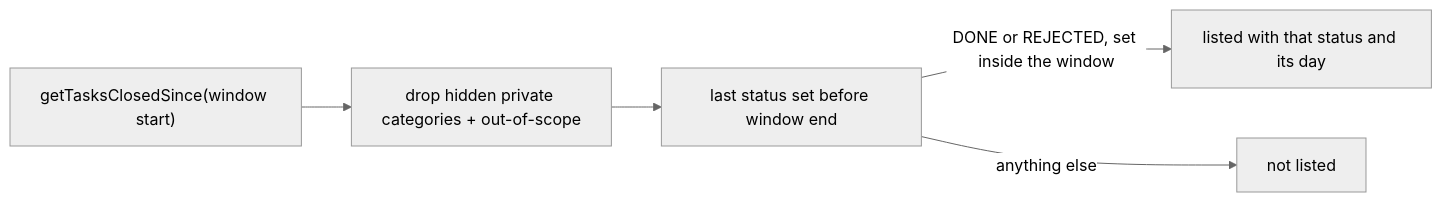
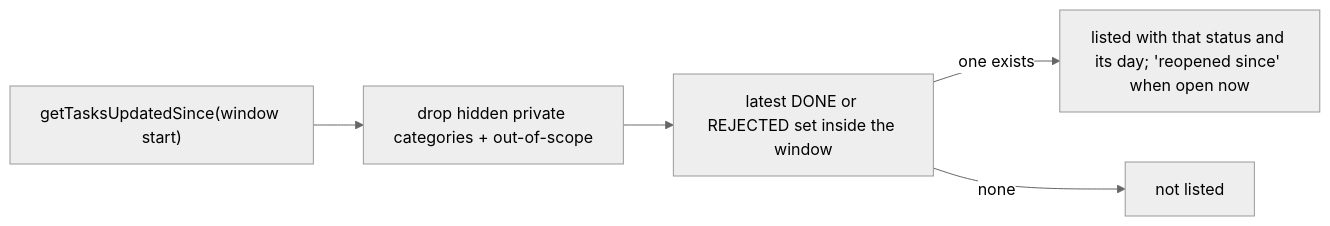
Before and after one commit to matthiasn/lotti: the third of 11 diagrams in knowledge/features/front_agent.md, drawn with Mermaid (neutral theme). The commit also changed other lines of this file and 23 other files, not shown here.

````diff
--- a/knowledge/features/front_agent.md
+++ b/knowledge/features/front_agent.md
@@ -556,7 +566,7 @@
 ```mermaid
 flowchart LR
-  Read["getTasksClosedSince(window start)"] --> Scope["drop hidden private categories + out-of-scope"]
-  Scope --> Last["last status set before window end"]
-  Last -->|"DONE or REJECTED, set inside the window"| Row["listed with that status and its day"]
-  Last -->|"anything else"| Skip["not listed"]
+  Read["getTasksUpdatedSince(window start)"] --> Scope["drop hidden private categories + out-of-scope"]
+  Scope --> Latest["latest DONE or REJECTED set inside the window"]
+  Latest -->|"one exists"| Row["listed with that status and its day; 'reopened since' when open now"]
+  Latest -->|"none"| Skip["not listed"]
 ```
````
